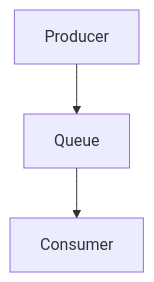
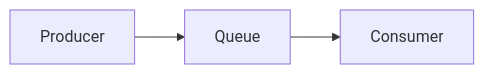
Before and after one commit to ArpanMaheshwari144/Prep: the first of 12 diagrams in 04_HLD/SYSTEM_DESIGNS/12_message_queue_kafka/12_message_queue_kafka.md, drawn with Mermaid. The commit also changed other lines of this file and 2 other files, not shown here.

Commit message:
docs, kafka, banking: one-day story, short cards, follow-ups with rules, highlighted diagrams

````diff
--- a/04_HLD/SYSTEM_DESIGNS/12_message_queue_kafka/12_message_queue_kafka.md
+++ b/04_HLD/SYSTEM_DESIGNS/12_message_queue_kafka/12_message_queue_kafka.md
@@ -58,8 +81,8 @@
 ```mermaid
-flowchart TD
-    n_Producer["Producer"]
-    n_Queue["Queue"]
-    n_Consumer["Consumer"]
-    n_Producer --> n_Queue
-    n_Queue --> n_Consumer
+flowchart LR
+    n_P["Producer"]
+    n_Q["Queue"]
+    n_C["Consumer"]
+    n_P --> n_Q
+    n_Q --> n_C
 ```
````
